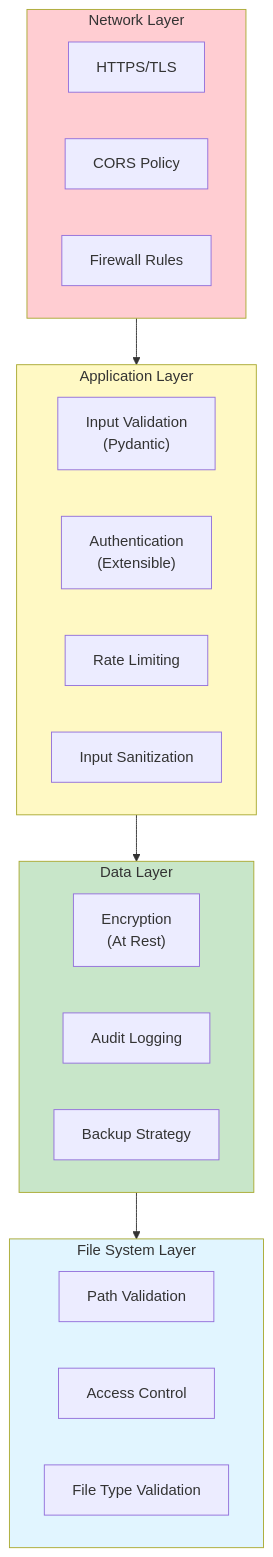
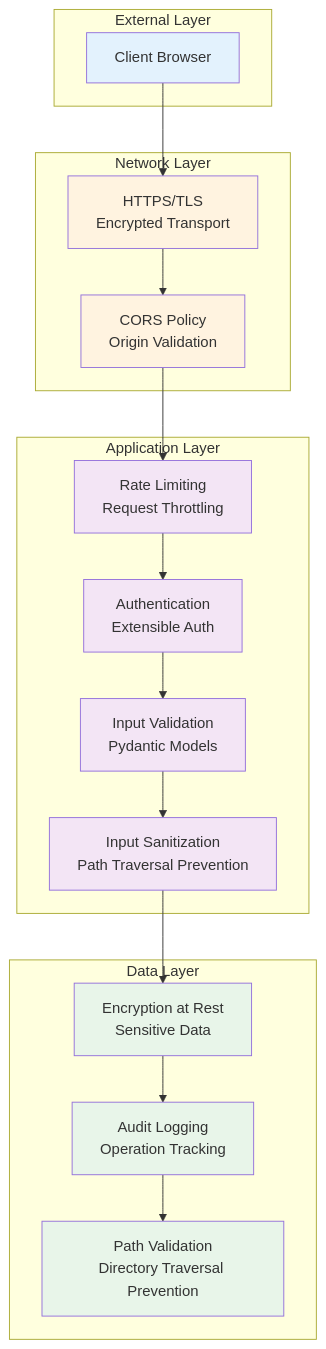
One commit to anshul-dying/MODULUS changed the fourth of 10 diagrams in docs/researchPaper/diagrams.md. Above: the diagram before and after it, drawn with Mermaid. The commit also changed other lines of this file and 8 other files, not shown here.

````diff
--- a/docs/researchPaper/diagrams.md
+++ b/docs/researchPaper/diagrams.md
@@ -171,36 +167,45 @@
 ```mermaid
 graph TB
-    subgraph Network["Network Layer"]
-        HTTPS["HTTPS/TLS"]
-        CORS["CORS Policy"]
-        Firewall["Firewall Rules"]
+    subgraph "External Layer"
+        CLIENT[Client Browser]
     end
-
-    subgraph App["Application Layer"]
-        Validation["Input Validation<br/>(Pydantic)"]
-        Auth["Authentication<br/>(Extensible)"]
-        RateLimit["Rate Limiting"]
-        Sanitize["Input Sanitization"]
+    
+    subgraph "Network Layer"
+        HTTPS[HTTPS/TLS<br/>Encrypted Transport]
+        CORS[CORS Policy<br/>Origin Validation]
     end
-
-    subgraph Data["Data Layer"]
-        Encrypt["Encryption<br/>(At Rest)"]
-        Audit["Audit Logging"]
-        Backup["Backup Strategy"]
+    
+    subgraph "Application Layer"
+        RATE[Rate Limiting<br/>Request Throttling]
+        AUTH[Authentication<br/>Extensible Auth]
+        VALID[Input Validation<br/>Pydantic Models]
+        SANIT[Input Sanitization<br/>Path Traversal Prevention]
     end
-
-    subgraph FileSystem["File System Layer"]
-        PathValidation["Path Validation"]
-        AccessControl["Access Control"]
-        FileTypeCheck["File Type Validation"]
+    
+    subgraph "Data Layer"
+        ENCRYPT[Encryption at Rest<br/>Sensitive Data]
+        AUDIT[Audit Logging<br/>Operation Tracking]
+        PATH[Path Validation<br/>Directory Traversal Prevention]
     end
-
-    Network --> App
-    App --> Data
-    Data --> FileSystem
-
-    style Network fill:#ffcdd2
-    style App fill:#fff9c4
-    style Data fill:#c8e6c9
-    style FileSystem fill:#e1f5ff
+    
+    CLIENT --> HTTPS
+    HTTPS --> CORS
+    CORS --> RATE
+    RATE --> AUTH
+    AUTH --> VALID
+    VALID --> SANIT
+    SANIT --> ENCRYPT
+    ENCRYPT --> AUDIT
+    AUDIT --> PATH
+    
+    style CLIENT fill:#e3f2fd
+    style HTTPS fill:#fff3e0
+    style CORS fill:#fff3e0
+    style RATE fill:#f3e5f5
+    style AUTH fill:#f3e5f5
+    style VALID fill:#f3e5f5
+    style SANIT fill:#f3e5f5
+    style ENCRYPT fill:#e8f5e9
+    style AUDIT fill:#e8f5e9
+    style PATH fill:#e8f5e9
 ```
````
